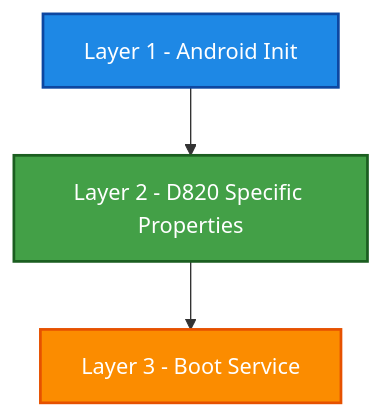
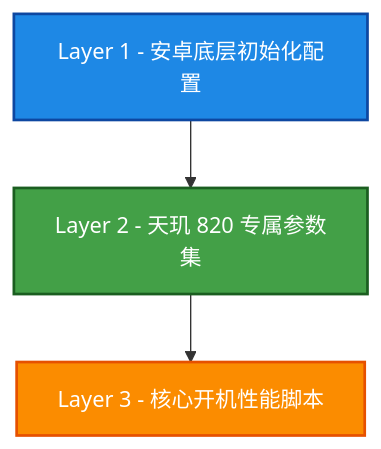
One commit to voe7/Dimensity820-NetBoost changed the diagram in README.md. Above: the diagram before and after it, drawn with Mermaid. The commit also changed other lines of this file, not shown here.

````diff
--- a/README.md
+++ b/README.md
@@ -39,9 +50,9 @@
 ```mermaid
 flowchart TD
-    L1[Layer 1 - Android Init] --> L2[Layer 2 - D820 Specific Properties]
-    L2 --> L3[Layer 3 - Boot Service]
+    L1[Layer 1 - 安卓底层初始化配置] --> L2[Layer 2 - 天玑 820 专属参数集]
+    L2 --> L3[Layer 3 - 核心开机性能脚本]
     
     style L1 fill:#1e88e5,stroke:#0d47a1,stroke-width:2px,color:#fff
     style L2 fill:#43a047,stroke:#1b5e20,stroke-width:2px,color:#fff
     style L3 fill:#fb8c00,stroke:#e65100,stroke-width:2px,color:#fff
 ```
````
